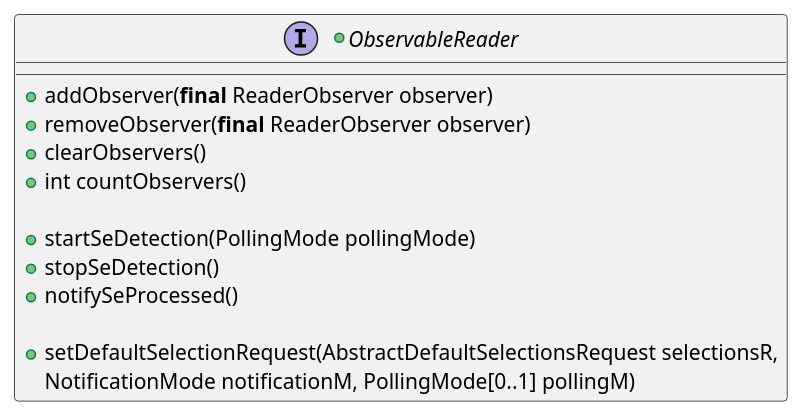
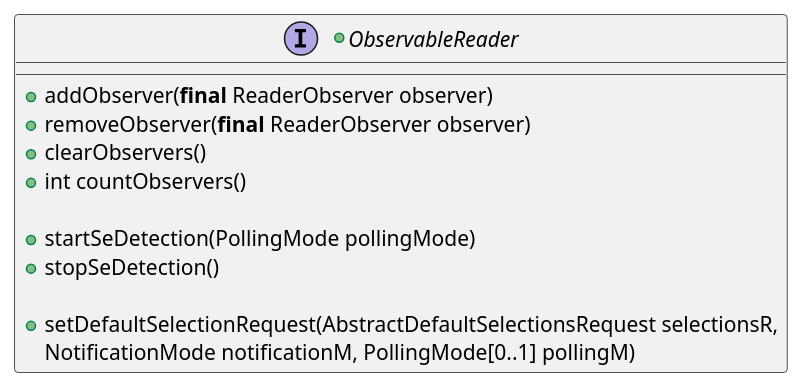
Diagram 30 of 47 in src/KeypleCoreApi/ApplicationApi/puml/KeypleCore-ApplicationApi-ClassDiag-SE_Proxy-ClassElements.iuml (calypsonet/keyple), drawn with PlantUML before and after one commit. The commit also changed other lines of this file and 10 other files, not shown here.

```diff
--- a/src/KeypleCoreApi/ApplicationApi/puml/KeypleCore-ApplicationApi-ClassDiag-SE_Proxy-ClassElements.iuml
+++ b/src/KeypleCoreApi/ApplicationApi/puml/KeypleCore-ApplicationApi-ClassDiag-SE_Proxy-ClassElements.iuml
@@ -339,15 +339,15 @@
 @startuml(id=SEPROXY_OBSERVABLEREADER_0_9_0)
 +interface ObservableReader {
   +addObserver(<b>final</b> ReaderObserver observer)
   +removeObserver(<b>final</b> ReaderObserver observer)
   +clearObservers()
   +int countObservers()
 
   +startSeDetection(PollingMode pollingMode)
   +stopSeDetection()
-  +notifySeProcessed()
+'  +notifySeProcessed()
 
   +setDefaultSelectionRequest(AbstractDefaultSelectionsRequest selectionsR,
     NotificationMode notificationM, PollingMode[0..1] pollingM)
 }
 @enduml
```
